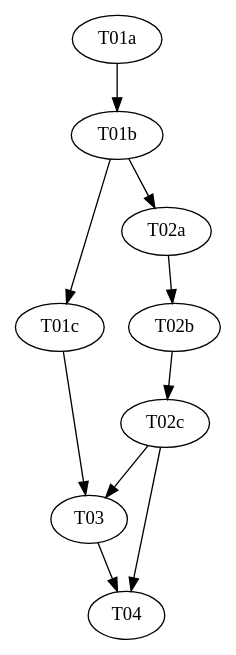
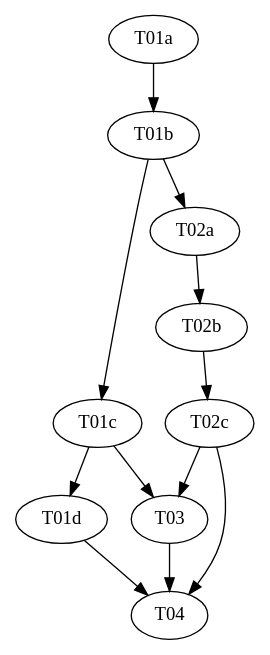
The diagram in docs/superpowers/plans/2026-07-09-reasonable-3.0-p3-atom/plan.md (VanillaFairy/reasonable), drawn with Graphviz before and after one commit. The commit also changed other lines of this file and 1 other file, not shown here.

````diff
--- a/docs/superpowers/plans/2026-07-09-reasonable-3.0-p3-atom/plan.md
+++ b/docs/superpowers/plans/2026-07-09-reasonable-3.0-p3-atom/plan.md
@@ -80,8 +81,8 @@
 ```dot
 digraph deps {
-    T01a -> T01b -> T01c;
+    T01a -> T01b -> T01c -> T01d;
     T01b -> T02a -> T02b -> T02c;
     T01c -> T03; T02c -> T03;
-    T02c -> T04; T03 -> T04;
+    T01d -> T04; T02c -> T04; T03 -> T04;
 }
 ```
````
